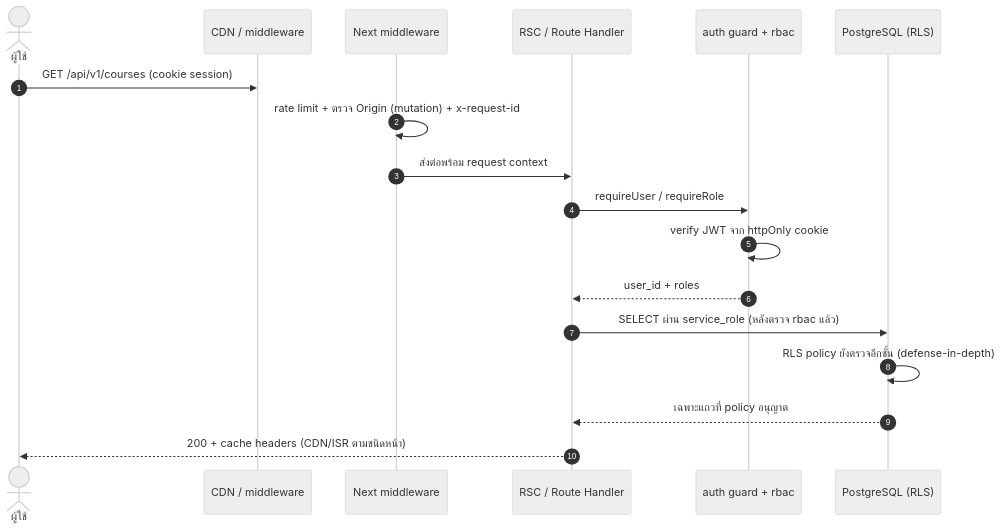
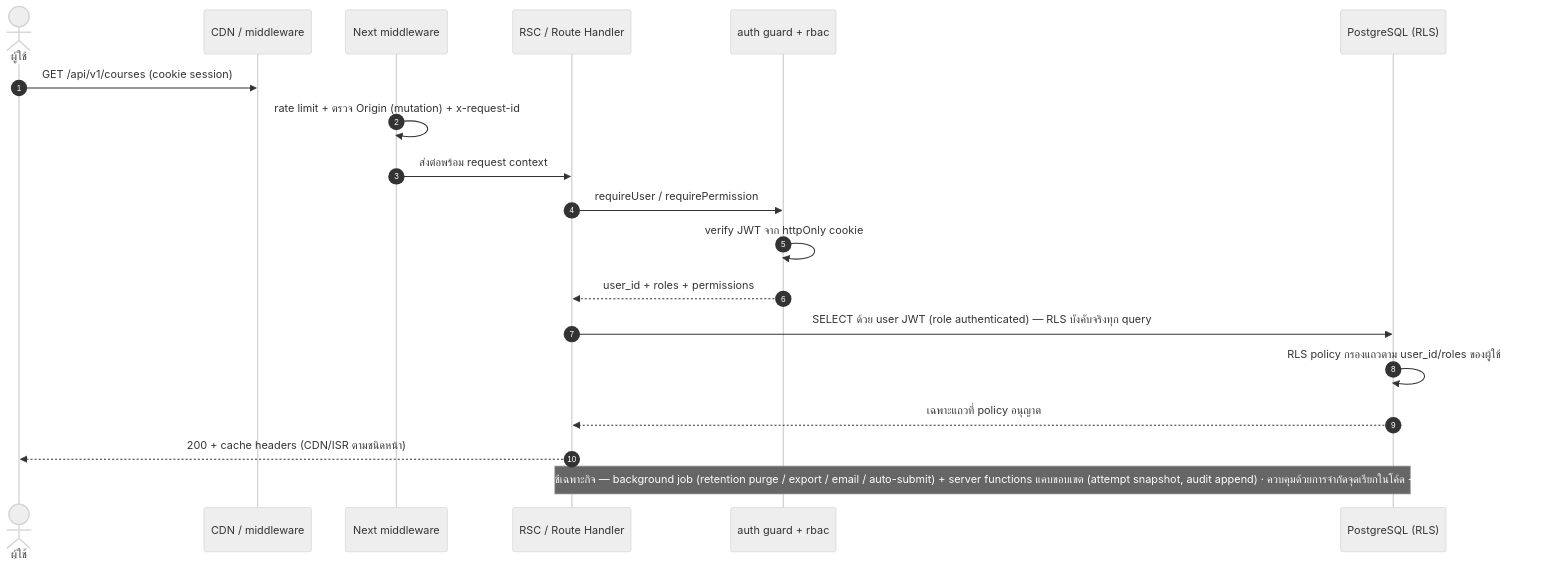
The ninth of 10 diagrams in docs/03-design/ARCHITECTURE.md (narongsak-sukma/E-Leaning-LTC), drawn with Mermaid (neutral theme) before and after one commit. The commit also changed other lines of this file and 5 other files, not shown here.

First line of the commit message:
docs(a6): SDS/ARCH/DD — D11 round-2 (BLOCKER ×2 + RLS derive + chain anchors + retention canonical) [A6]

````diff
--- a/docs/03-design/ARCHITECTURE.md
+++ b/docs/03-design/ARCHITECTURE.md
@@ -248,20 +248,21 @@
 ```mermaid
 sequenceDiagram
     autonumber
     actor U as ผู้ใช้
     participant E as CDN / middleware
     participant MW as Next middleware
     participant RH as RSC / Route Handler
     participant GU as auth guard + rbac
     participant DB as PostgreSQL (RLS)
     U->>E: GET /api/v1/courses (cookie session)
     MW->>MW: rate limit + ตรวจ Origin (mutation) + x-request-id
     MW->>RH: ส่งต่อพร้อม request context
-    RH->>GU: requireUser / requireRole
+    RH->>GU: requireUser / requirePermission
     GU->>GU: verify JWT จาก httpOnly cookie
-    GU-->>RH: user_id + roles
-    RH->>DB: SELECT ผ่าน service_role (หลังตรวจ rbac แล้ว)
-    DB->>DB: RLS policy ยังตรวจอีกชั้น (defense-in-depth)
+    GU-->>RH: user_id + roles + permissions
+    RH->>DB: SELECT ด้วย user JWT (role authenticated) — RLS บังคับจริงทุก query
+    DB->>DB: RLS policy กรองแถวตาม user_id/roles ของผู้ใช้
     DB-->>RH: เฉพาะแถวที่ policy อนุญาต
     RH-->>U: 200 + cache headers (CDN/ISR ตามชนิดหน้า)
+    Note over RH,DB: service_role (bypass RLS) ใช้เฉพาะกิจ — background job (retention purge / export / email / auto-submit) + server functions แคบขอบเขต (attempt snapshot, audit append) · ควบคุมด้วยการจำกัดจุดเรียกในโค้ด + review ไม่ใช่โดย RLS (D11-1)
 ```
````
